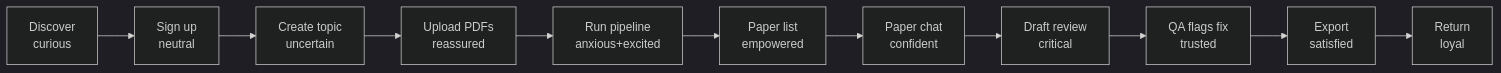
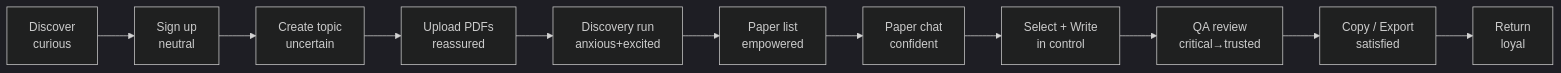
Before and after one commit to hungnt0406/confluex-AI-powered-research-workspace: the second of 2 diagrams in docs/user-journey.md, drawn with Mermaid (dark theme). The commit also changed other lines of this file, not shown here.

````diff
--- a/docs/user-journey.md
+++ b/docs/user-journey.md
@@ -145,6 +179,6 @@
 ```mermaid
 flowchart LR
   d1["Discover<br/>curious"] --> d2["Sign up<br/>neutral"] --> d3["Create topic<br/>uncertain"] --> d4["Upload PDFs<br/>reassured"]
-  d4 --> d5["Run pipeline<br/>anxious+excited"] --> d6["Paper list<br/>empowered"] --> d7["Paper chat<br/>confident"]
-  d7 --> d8["Draft review<br/>critical"] --> d9["QA flags fix<br/>trusted"] --> d10["Export<br/>satisfied"] --> d11["Return<br/>loyal"]
+  d4 --> d5["Discovery run<br/>anxious+excited"] --> d6["Paper list<br/>empowered"] --> d7["Paper chat<br/>confident"]
+  d7 --> d8["Select + Write<br/>in control"] --> d9["QA review<br/>critical→trusted"] --> d10["Copy / Export<br/>satisfied"] --> d11["Return<br/>loyal"]
 ```
````
